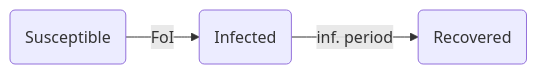
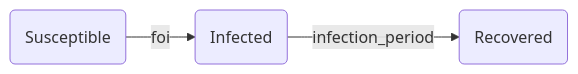
The diagram in examples/basic-infection/README.md (CDCgov/ixa), drawn with Mermaid before and after one commit. The commit also changed other lines of this file, not shown here.

````diff
--- a/examples/basic-infection/README.md
+++ b/examples/basic-infection/README.md
@@ -51,4 +51,4 @@
 ```mermaid
 flowchart LR
-S(Susceptible) --FoI--> I(Infected) --inf. period--> R(Recovered)
+S(Susceptible) --foi--> I(Infected) --infection_period--> R(Recovered)
 ```
````
